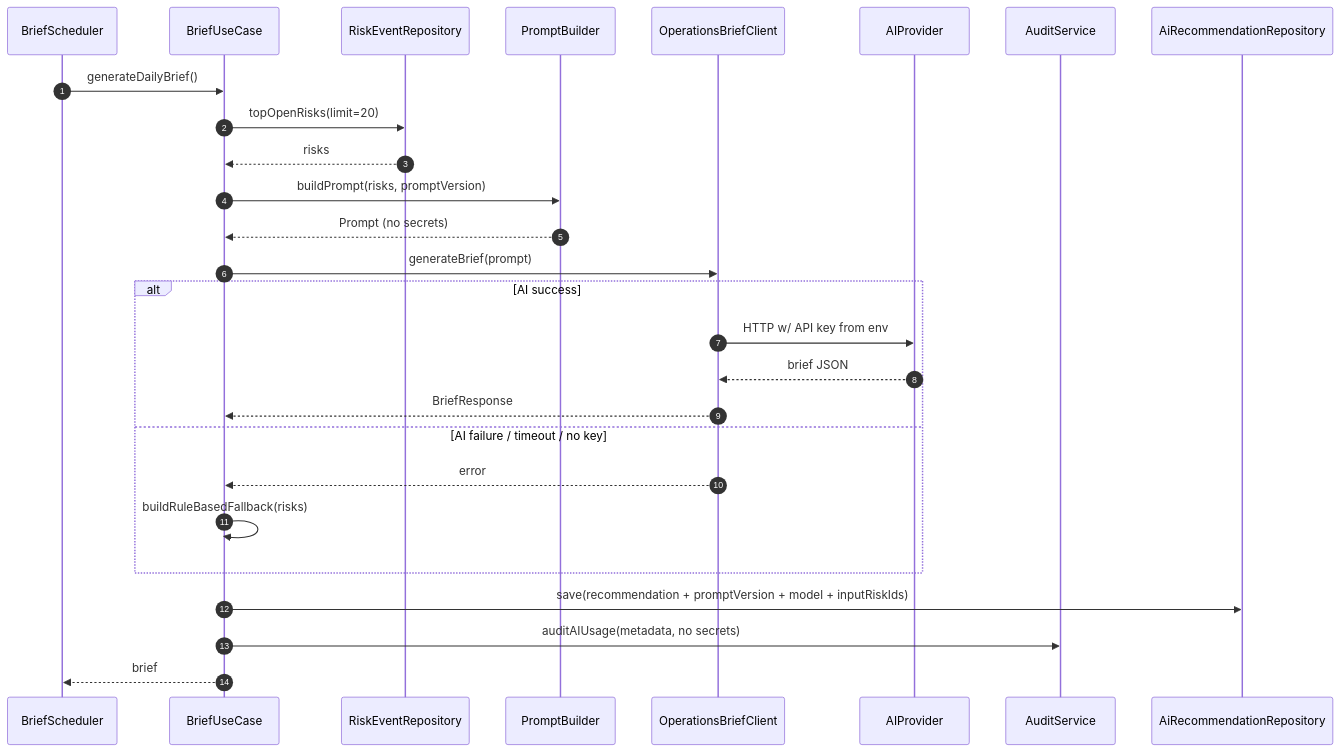
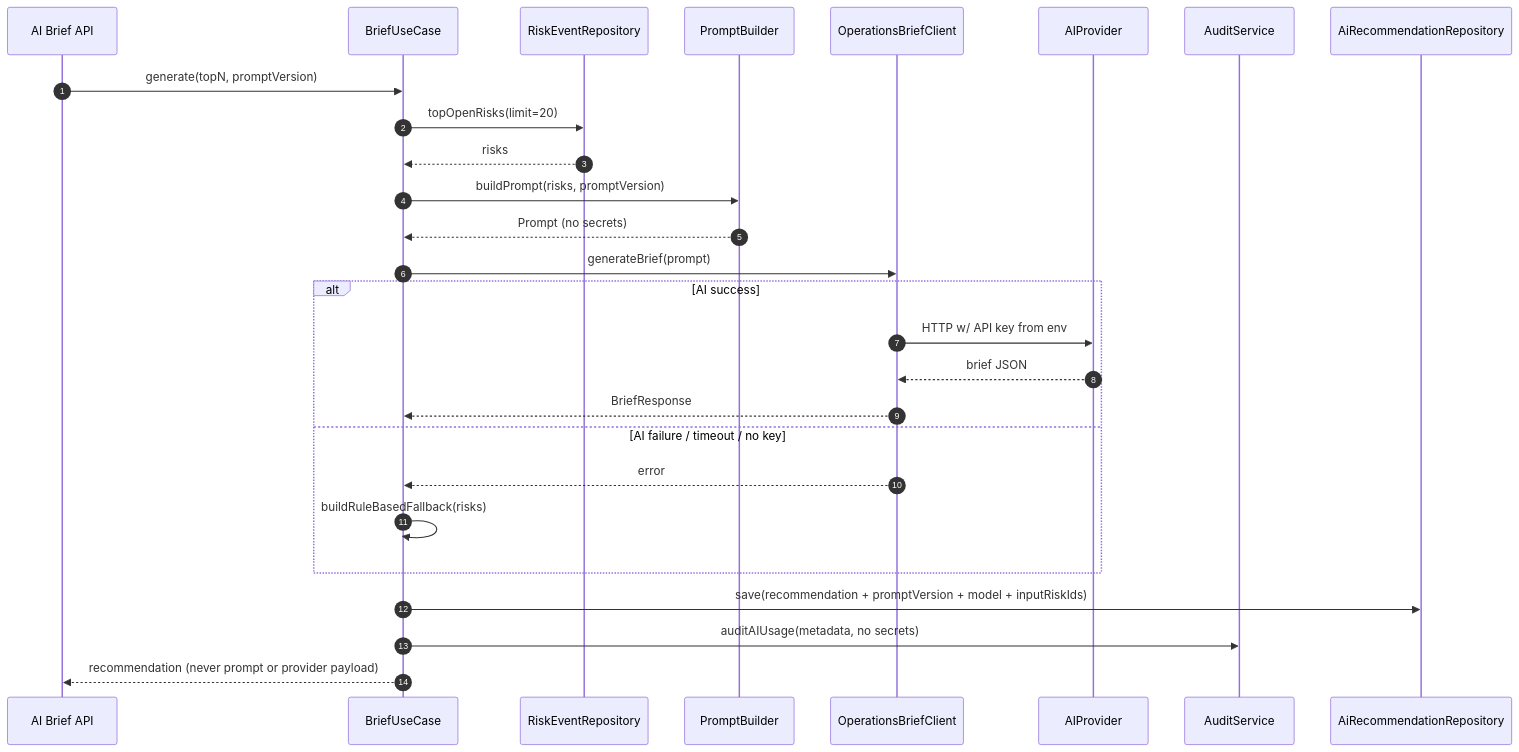
Before and after one commit to Praciller/opspulse-ai: the sixth of 9 diagrams in docs/ARCHITECTURE.md, drawn with Mermaid. The commit also changed other lines of this file and 14 other files, not shown here.

First line of the commit message:
docs: phase handoffs, roadmap, ADR updates, and fullstack profile

````diff
--- a/docs/ARCHITECTURE.md
+++ b/docs/ARCHITECTURE.md
@@ -260,30 +265,30 @@
 ```mermaid
 sequenceDiagram
     autonumber
-    participant Sch as BriefScheduler
+    participant C as AI Brief API
     participant UC as BriefUseCase
     participant RiskRepo as RiskEventRepository
     participant PB as PromptBuilder
     participant Client as OperationsBriefClient
     participant AI as AIProvider
     participant Audit as AuditService
     participant Repo as AiRecommendationRepository
 
-    Sch->>UC: generateDailyBrief()
+    C->>UC: generate(topN, promptVersion)
     UC->>RiskRepo: topOpenRisks(limit=20)
     RiskRepo-->>UC: risks
     UC->>PB: buildPrompt(risks, promptVersion)
     PB-->>UC: Prompt (no secrets)
     UC->>Client: generateBrief(prompt)
     alt AI success
         Client->>AI: HTTP w/ API key from env
         AI-->>Client: brief JSON
         Client-->>UC: BriefResponse
     else AI failure / timeout / no key
         Client-->>UC: error
         UC->>UC: buildRuleBasedFallback(risks)
     end
     UC->>Repo: save(recommendation + promptVersion + model + inputRiskIds)
     UC->>Audit: auditAIUsage(metadata, no secrets)
-    UC-->>Sch: brief
+    UC-->>C: recommendation (never prompt or provider payload)
 ```
````
